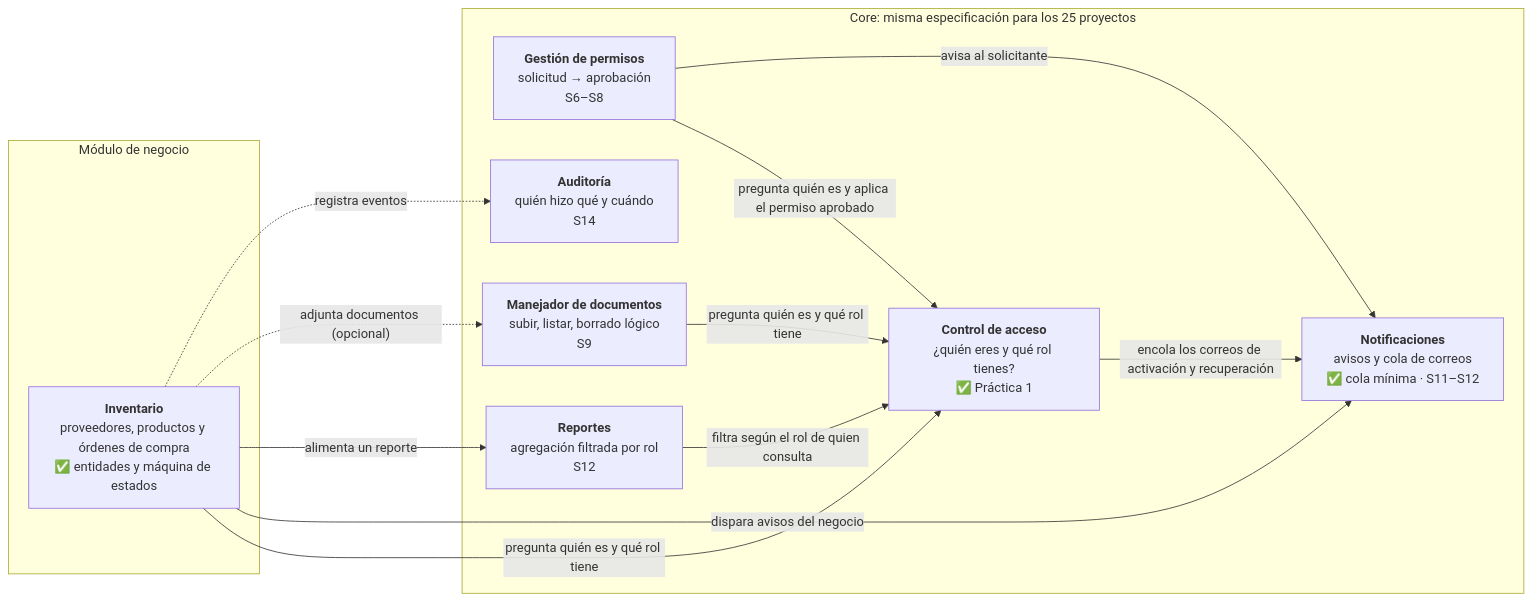
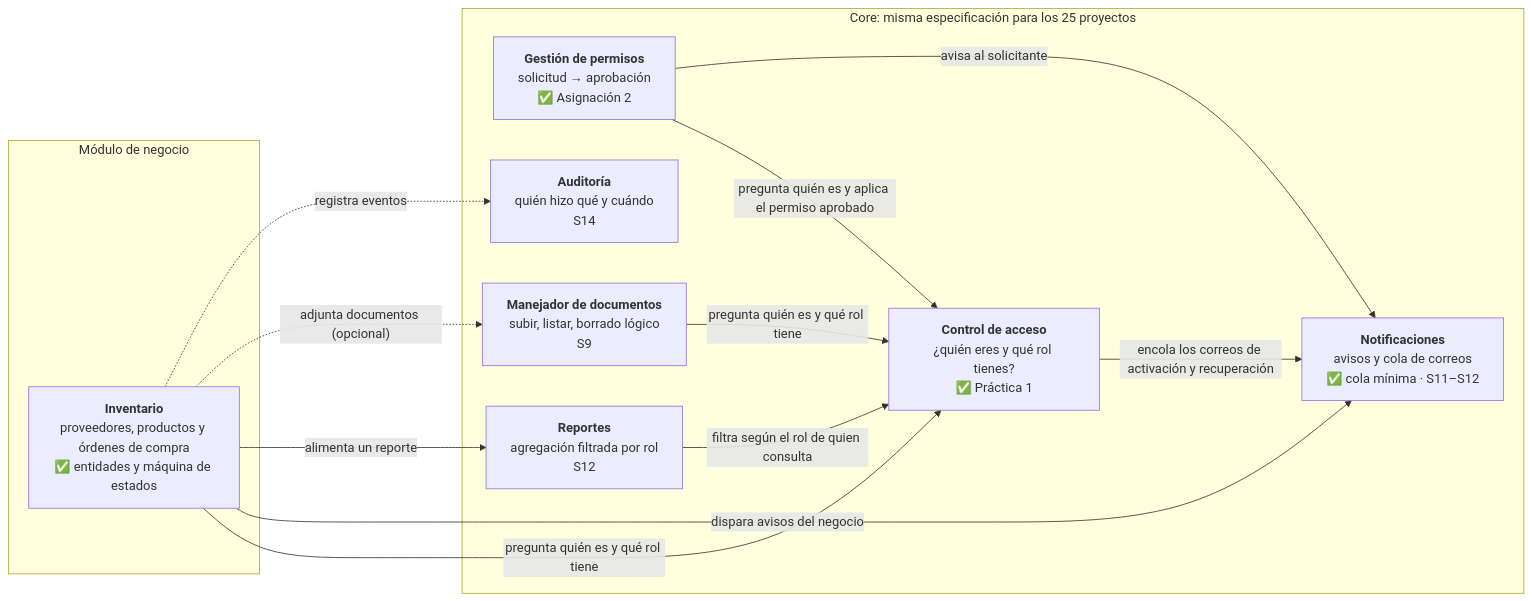
The first of 2 diagrams in README.md (yojairoivan-sketch/Proyecto-Final-P3), drawn with Mermaid before and after one commit. The commit also changed other lines of this file, not shown here.

First line of the commit message:
docs(RF-GP-01): explica cada criterio de permisos

````diff
--- a/README.md
+++ b/README.md
@@ -30,25 +31,25 @@
 ```mermaid
 flowchart LR
     subgraph Core["Core: misma especificación para los 25 proyectos"]
         ACC["<b>Control de acceso</b><br/>¿quién eres y qué rol tienes?<br/>✅ Práctica 1"]
         NOTI["<b>Notificaciones</b><br/>avisos y cola de correos<br/>✅ cola mínima · S11–S12"]
-        PERM["<b>Gestión de permisos</b><br/>solicitud → aprobación<br/>S6–S8"]
+        PERM["<b>Gestión de permisos</b><br/>solicitud → aprobación<br/>✅ Asignación 2"]
         DOC["<b>Manejador de documentos</b><br/>subir, listar, borrado lógico<br/>S9"]
         REP["<b>Reportes</b><br/>agregación filtrada por rol<br/>S12"]
         AUD["<b>Auditoría</b><br/>quién hizo qué y cuándo<br/>S14"]
     end
     subgraph Negocio["Módulo de negocio"]
         MOD["<b>Inventario</b><br/>proveedores, productos y órdenes de compra<br/>✅ entidades y máquina de estados"]
     end
 
     ACC -->|"encola los correos de activación y recuperación"| NOTI
     PERM -->|"pregunta quién es y aplica el permiso aprobado"| ACC
     PERM -->|"avisa al solicitante"| NOTI
     DOC -->|"pregunta quién es y qué rol tiene"| ACC
     REP -->|"filtra según el rol de quien consulta"| ACC
     MOD -->|"pregunta quién es y qué rol tiene"| ACC
     MOD -->|"dispara avisos del negocio"| NOTI
     MOD -->|"alimenta un reporte"| REP
     MOD -.->|"adjunta documentos (opcional)"| DOC
     MOD -.->|"registra eventos"| AUD
 ```
````
